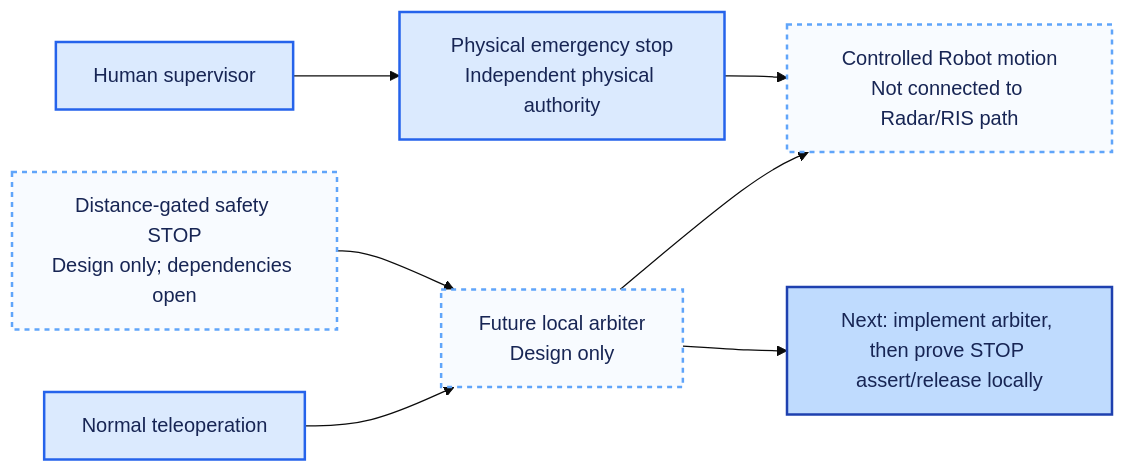
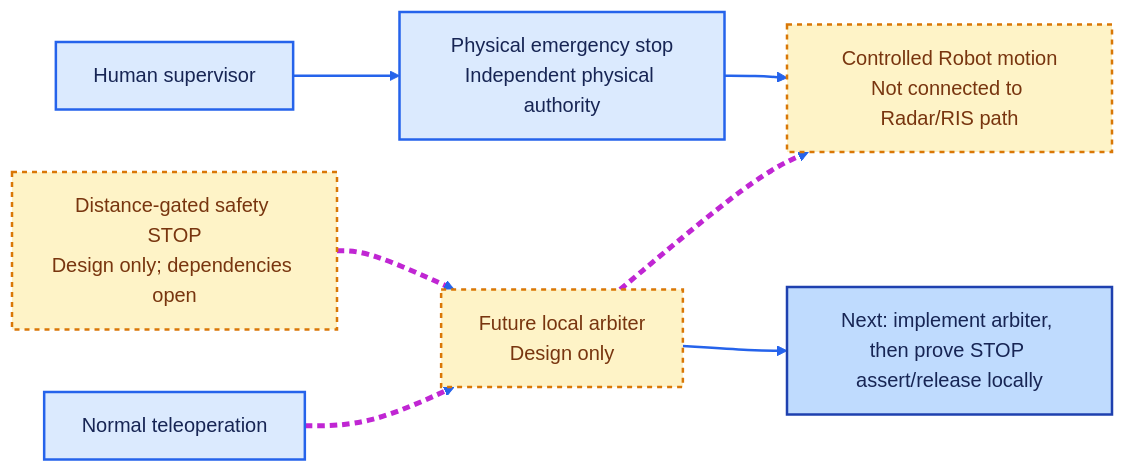
One commit to kirolossedra/RIS-Robotics changed diagram 15 of 21 in docs/architecture/system/progress.md. Above: the diagram before and after it, drawn with Mermaid (base theme). The commit also changed other lines of this file, not shown here.

````diff
--- a/docs/architecture/system/progress.md
+++ b/docs/architecture/system/progress.md
@@ -278,15 +331,17 @@
 ```mermaid
 flowchart LR
     TELEOP["Normal teleoperation"] --> ARBITER["Future local arbiter<br/>Design only"] --> MOTION["Controlled Robot motion<br/>Not connected to Radar/RIS path"]
     SAFETY["Distance-gated safety STOP<br/>Design only; dependencies open"] --> ARBITER
     ESTOP["Physical emergency stop<br/>Independent physical authority"] --> MOTION
     SUPERVISOR["Human supervisor"] --> ESTOP
     ARBITER --> NEXT["Next: implement arbiter, then prove STOP assert/release locally"]
 
     classDef done fill:#dbeafe,stroke:#2563eb,color:#172554,stroke-width:2px;
-    classDef planned fill:#f8fbff,stroke:#60a5fa,color:#172554,stroke-width:2px,stroke-dasharray:4 4;
+    classDef planned fill:#fef3c7,stroke:#d97706,color:#78350f,stroke-width:2px,stroke-dasharray:4 4;
     classDef next fill:#bfdbfe,stroke:#1e40af,color:#172554,stroke-width:2px;
     class TELEOP,ESTOP,SUPERVISOR done;
     class ARBITER,MOTION,SAFETY planned;
     class NEXT next;
+    linkStyle default stroke:#2563eb,stroke-width:2px;
+    linkStyle 0,1,2 stroke:#c026d3,stroke-width:4px,stroke-dasharray:6 4;
 ```
````
